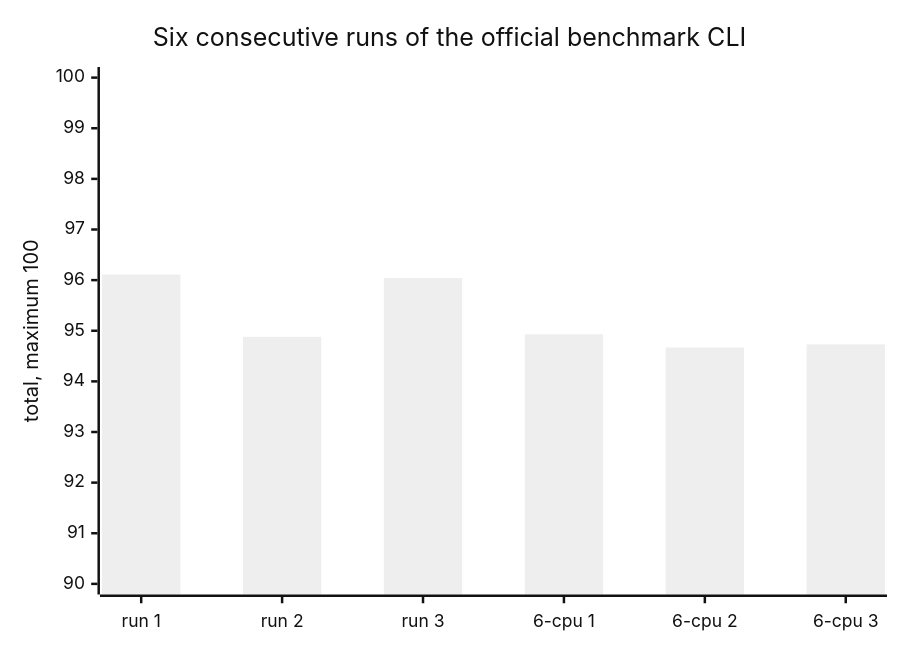
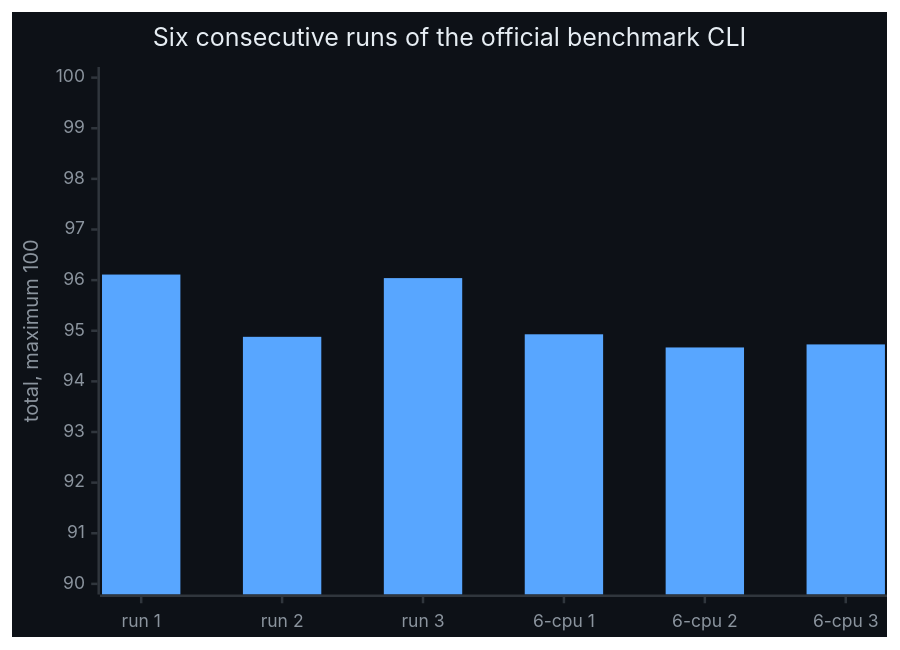
The first of 4 diagrams in README.md (QutaibaAbualrob/foothill_logs_server), drawn with Mermaid before and after one commit. The commit also changed other lines of this file and 5 other files, not shown here.

````diff
--- a/README.md
+++ b/README.md
@@ -14,8 +18,8 @@
 ```mermaid
-%%{init: {'theme':'neutral'}}%%
+%%{init: {"theme":"base","themeVariables":{"xyChart":{"backgroundColor":"#0D1117","titleColor":"#E6EDF3","xAxisLabelColor":"#8B949E","xAxisTitleColor":"#8B949E","xAxisTickColor":"#30363D","xAxisLineColor":"#30363D","yAxisLabelColor":"#8B949E","yAxisTitleColor":"#8B949E","yAxisTickColor":"#30363D","yAxisLineColor":"#30363D","plotColorPalette":"#58A6FF,#F0883E"}}}}%%
 xychart-beta
     title "Six consecutive runs of the official benchmark CLI"
     x-axis ["run 1", "run 2", "run 3", "6-cpu 1", "6-cpu 2", "6-cpu 3"]
     y-axis "total, maximum 100" 90 --> 100
     bar [96.11, 94.88, 96.04, 94.93, 94.67, 94.73]
 ```
````
